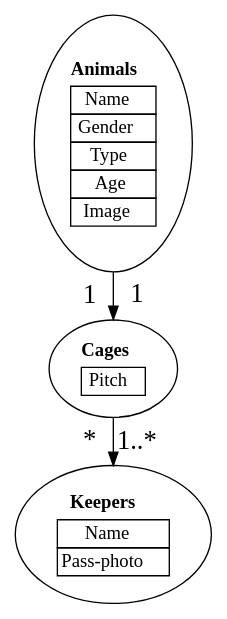
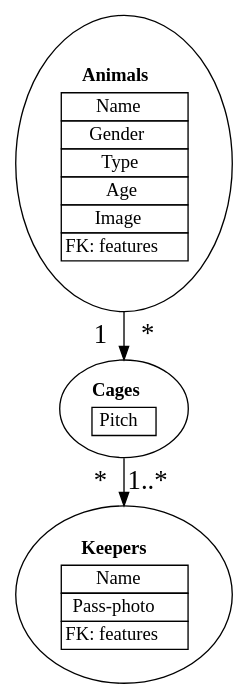
One commit to 0nyr/5771_multimedia_database changed the diagram in exo_8/zoo_database.gv. Above: the diagram before and after it, drawn with Graphviz. The commit also changed 3 other files, not shown here.

```diff
--- a/exo_8/zoo_database.gv
+++ b/exo_8/zoo_database.gv
@@ -1,31 +1,33 @@
 // Zoo Database
 digraph {
 	A [label=<<TABLE BORDER="0" CELLBORDER="0" CELLSPACING="0">
     <TR><TD><B>Animals</B></TD></TR>
     <TR><TD>
         <TABLE BORDER="0" CELLBORDER="1" CELLSPACING="0">
             <TR><TD>Name</TD></TR>
             <TR><TD>Gender</TD></TR>
             <TR><TD>Type</TD></TR>
             <TR><TD>Age</TD></TR>
             <TR><TD>Image</TD></TR>
+            <TR><TD>FK: features</TD></TR>
         </TABLE>
     </TD></TR></TABLE>>]
 	K [label=<<TABLE BORDER="0" CELLBORDER="0" CELLSPACING="0">
     <TR><TD><B>Keepers</B></TD></TR>
     <TR><TD>
         <TABLE BORDER="0" CELLBORDER="1" CELLSPACING="0">
             <TR><TD>Name</TD></TR>
             <TR><TD>Pass-photo</TD></TR>
+            <TR><TD>FK: features</TD></TR>
         </TABLE>
     </TD></TR></TABLE>>]
 	C [label=<<TABLE BORDER="0" CELLBORDER="0" CELLSPACING="0">
     <TR><TD><B>Cages</B></TD></TR>
     <TR><TD>
         <TABLE BORDER="0" CELLBORDER="1" CELLSPACING="0">
             <TR><TD>Pitch</TD></TR>
         </TABLE>
     </TD></TR></TABLE>>]
-	A -> C [fontsize=20 headlabel=1 labelangle=45 labeldistance=2.5 taillabel=1]
+	A -> C [fontsize=20 headlabel=1 labelangle=45 labeldistance=2.5 taillabel="*"]
 	C -> K [fontsize=20 headlabel="1..*" labelangle=-45 labeldistance=2.5 taillabel="*"]
 }
```
